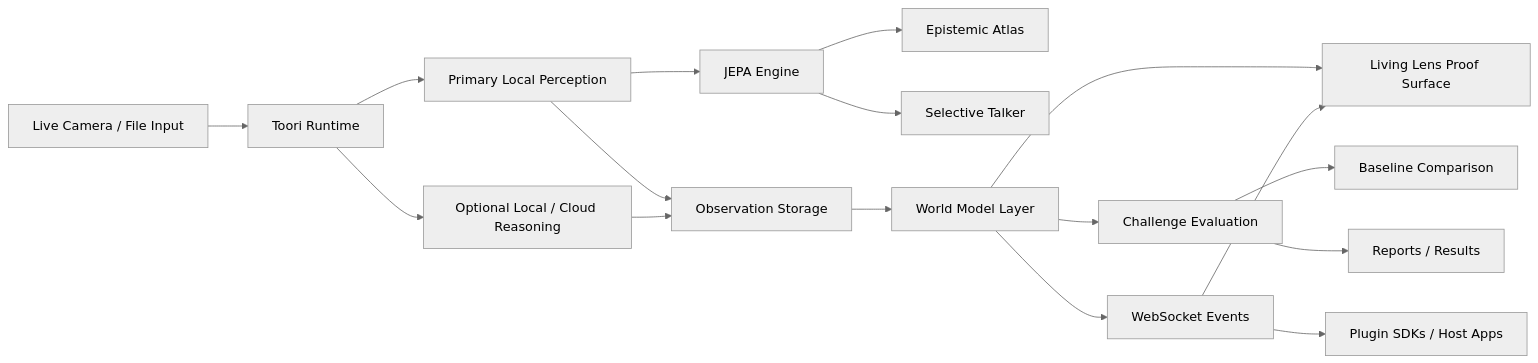
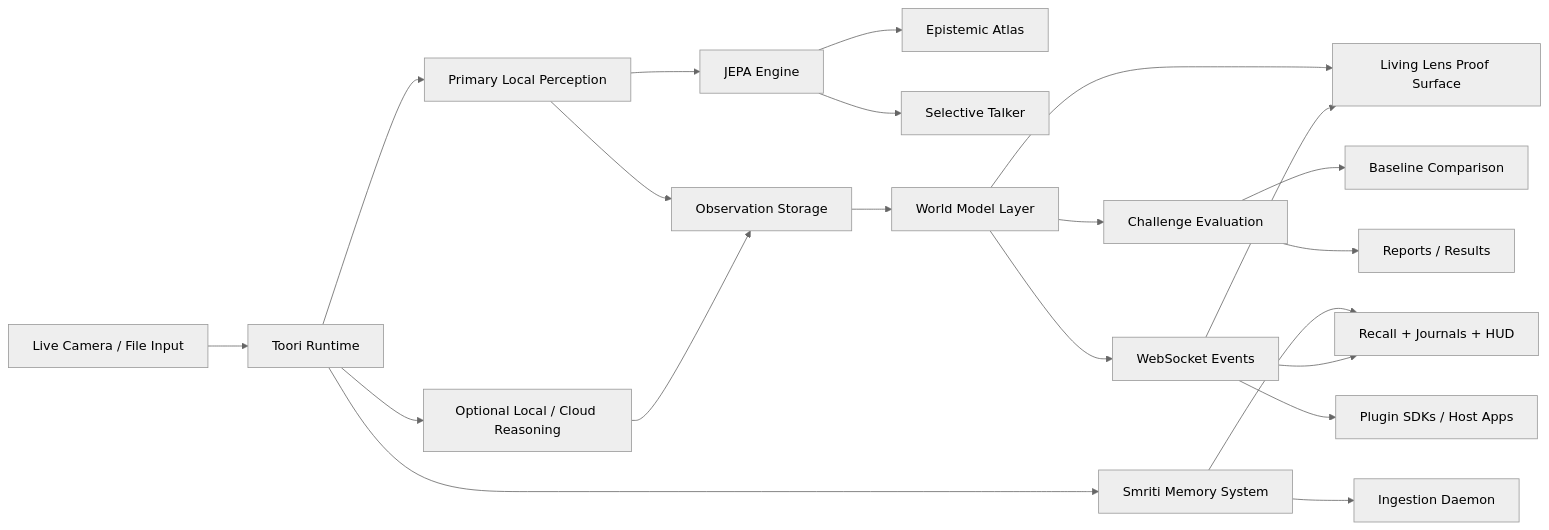
Before and after one commit to NeoOne601/Toori: the diagram in README.md, drawn with Mermaid (neutral theme). The commit also changed other lines of this file and 30 other files, not shown here.

````diff
--- a/README.md
+++ b/README.md
@@ -82,19 +91,23 @@
 ```mermaid
 flowchart LR
   Camera["Live Camera / File Input"] --> Runtime["Toori Runtime"]
   Runtime --> Perception["Primary Local Perception"]
   Perception --> JEPA["JEPA Engine"]
   JEPA --> Atlas["Epistemic Atlas"]
   JEPA --> Talker["Selective Talker"]
   Perception --> Observation["Observation Storage"]
   Observation --> World["World Model Layer"]
   World --> Living["Living Lens Proof Surface"]
   World --> Challenge["Challenge Evaluation"]
   Challenge --> Compare["Baseline Comparison"]
   Runtime --> Reasoning["Optional Local / Cloud Reasoning"]
   Reasoning --> Observation
+  Runtime --> Smriti["Smriti Memory System"]
+  Smriti --> Ingestion["Ingestion Daemon"]
+  Smriti --> Recall["Recall + Journals + HUD"]
   World --> Events["WebSocket Events"]
   Events --> Living
+  Events --> Recall
   Events --> Plugins["Plugin SDKs / Host Apps"]
   Challenge --> Docs["Reports / Results"]
 ```
````
